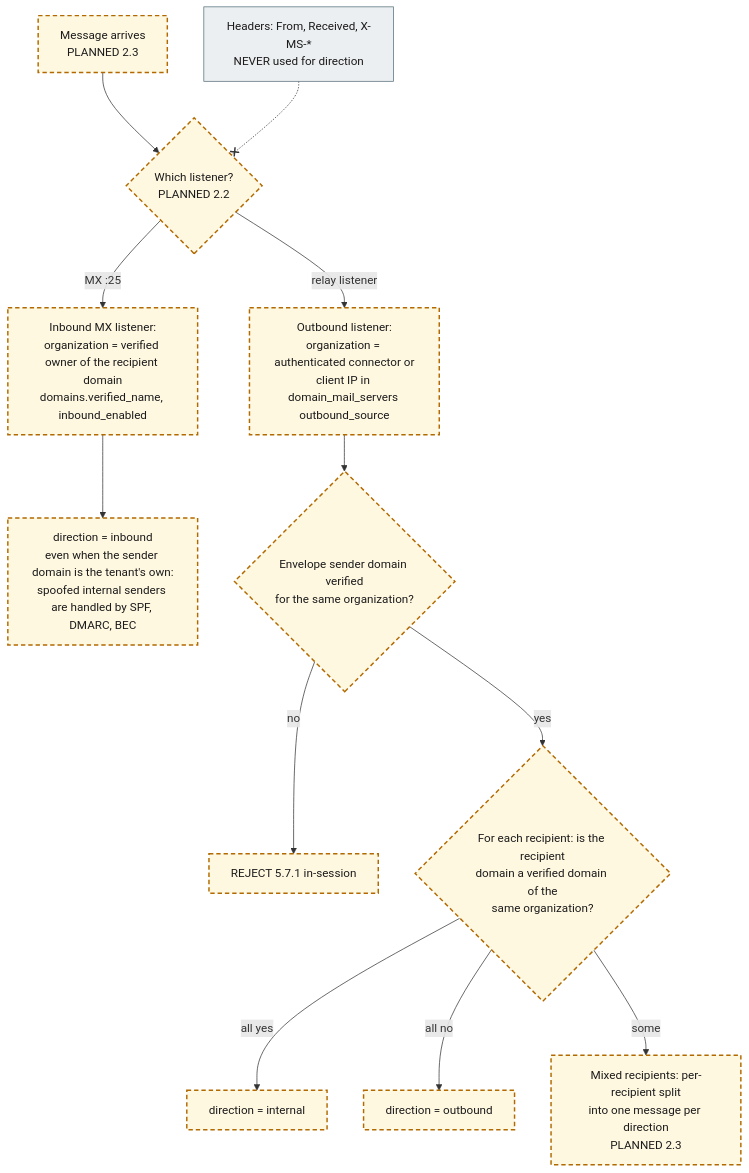
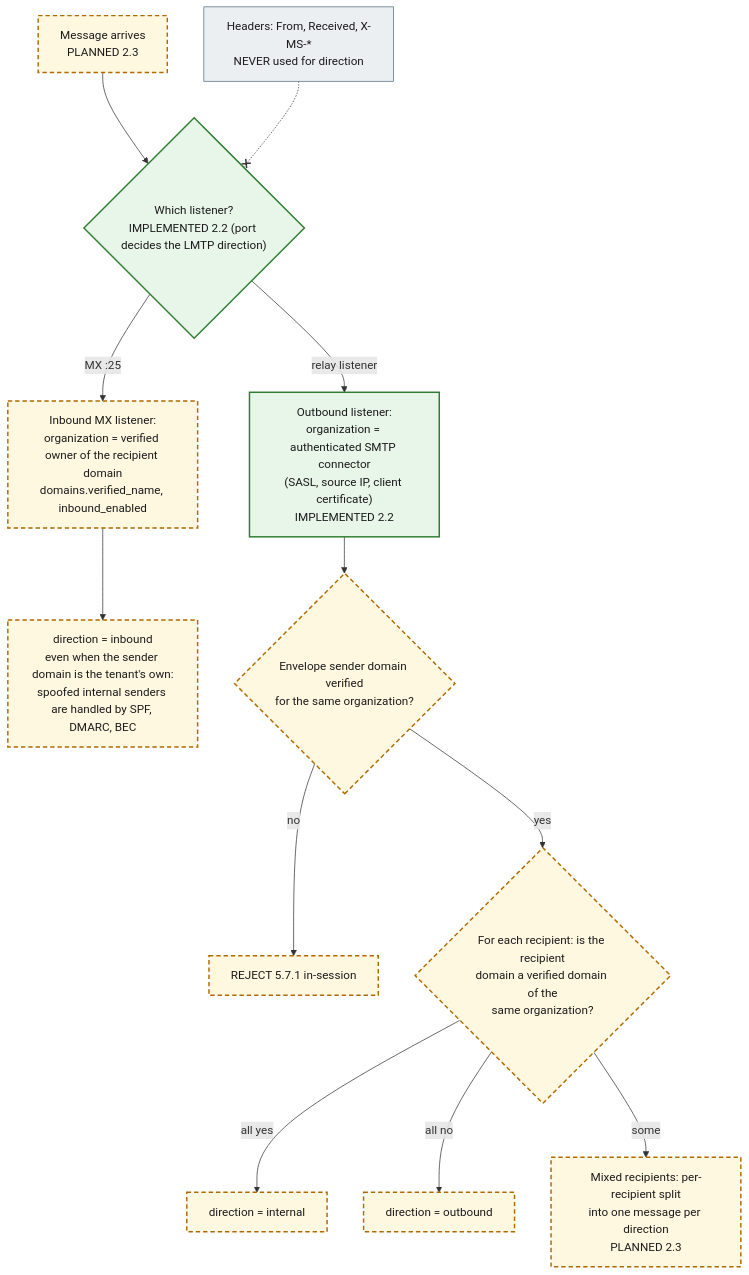
Before and after one commit to mnnitsarvesh-ai/email-gateway: the first of 2 diagrams in docs/architecture/diagrams/08-internal-inspection-sequence.md, drawn with Mermaid. The commit also changed other lines of this file and 282 other files, not shown here.

````diff
--- a/docs/architecture/diagrams/08-internal-inspection-sequence.md
+++ b/docs/architecture/diagrams/08-internal-inspection-sequence.md
@@ -9,29 +9,29 @@
 ```mermaid
 flowchart TB
   classDef impl fill:#e8f5e9,stroke:#2e7d32,stroke-width:2px,color:#1b1b1b
   classDef planned fill:#fff8e1,stroke:#b26a00,stroke-width:2px,stroke-dasharray:6 4,color:#1b1b1b
   classDef ext fill:#eceff1,stroke:#546e7a,stroke-width:1px,color:#1b1b1b
 
   arrive["Message arrives<br/>PLANNED 2.3"]:::planned
-  listener{"Which listener?<br/>PLANNED 2.2"}:::planned
+  listener{"Which listener?<br/>IMPLEMENTED 2.2 (port decides the LMTP direction)"}:::impl
   mxRcpt["Inbound MX listener:<br/>organization = verified owner of the recipient domain<br/>domains.verified_name, inbound_enabled"]:::planned
   inbound["direction = inbound<br/>even when the sender domain is the tenant's own:<br/>spoofed internal senders are handled by SPF, DMARC, BEC"]:::planned
-  conn["Outbound listener:<br/>organization = authenticated connector or<br/>client IP in domain_mail_servers outbound_source"]:::planned
+  conn["Outbound listener:<br/>organization = authenticated SMTP connector<br/>(SASL, source IP, client certificate)<br/>IMPLEMENTED 2.2"]:::impl
   senderOk{"Envelope sender domain verified<br/>for the same organization?"}:::planned
   reject["REJECT 5.7.1 in-session"]:::planned
   perRcpt{"For each recipient: is the recipient<br/>domain a verified domain of the<br/>same organization?"}:::planned
   internal["direction = internal"]:::planned
   outbound["direction = outbound"]:::planned
   split["Mixed recipients: per-recipient split<br/>into one message per direction<br/>PLANNED 2.3"]:::planned
   headers["Headers: From, Received, X-MS-*<br/>NEVER used for direction"]:::ext
 
   arrive --> listener
   listener -->|"MX :25"| mxRcpt --> inbound
   listener -->|"relay listener"| conn --> senderOk
   senderOk -->|"no"| reject
   senderOk -->|"yes"| perRcpt
   perRcpt -->|"all yes"| internal
   perRcpt -->|"all no"| outbound
   perRcpt -->|"some"| split
   headers -.-x listener
 ```
````
